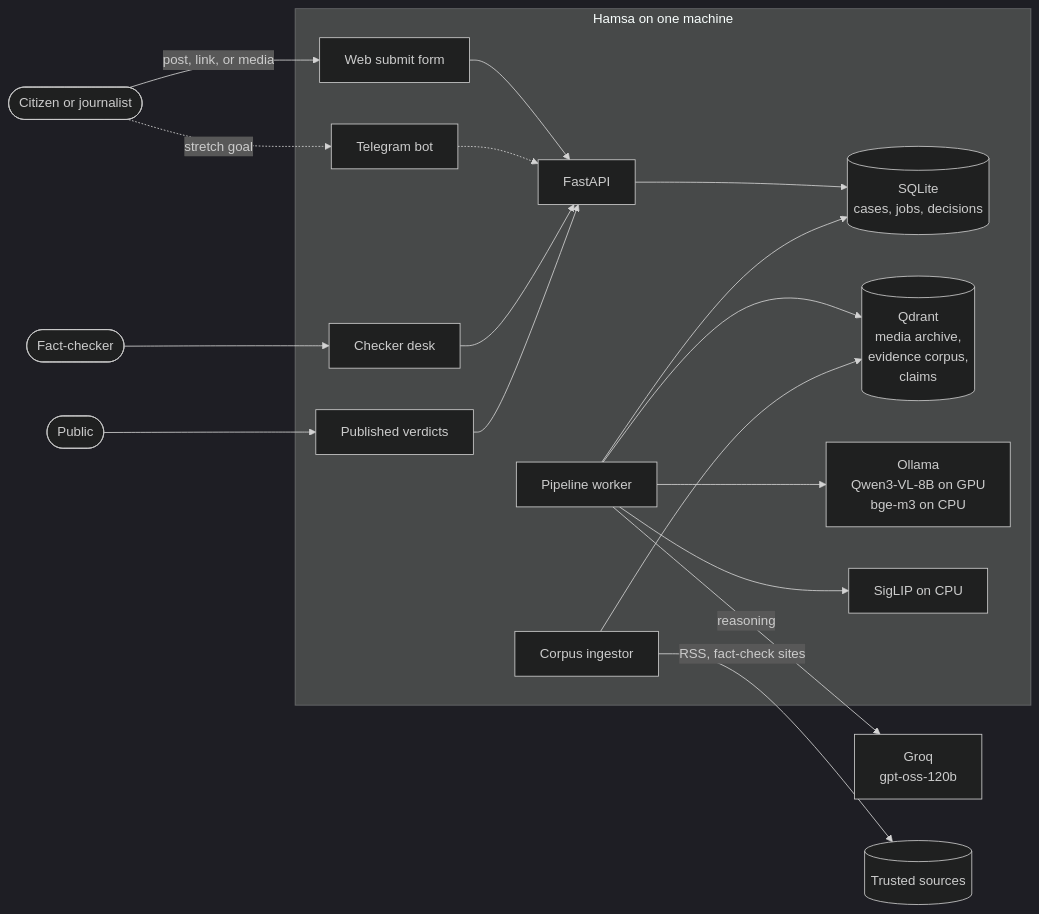
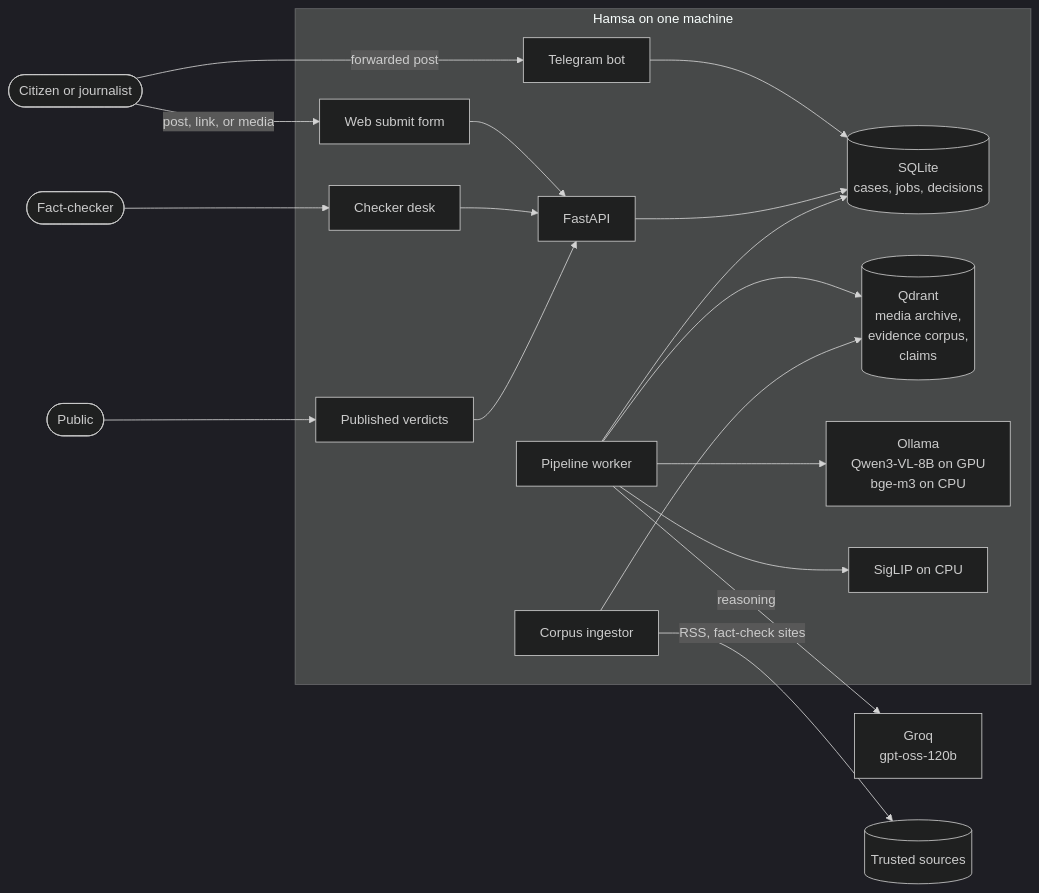
One commit to masabinhok/hamsa changed the first of 5 diagrams in docs/architecture.md. Above: the diagram before and after it, drawn with Mermaid (dark theme). The commit also changed other lines of this file and 9 other files, not shown here.

First line of the commit message:
feat(telegram): take posts from a telegram bot and send the verdict back

````diff
--- a/docs/architecture.md
+++ b/docs/architecture.md
@@ -20,23 +20,23 @@
 ```mermaid
 flowchart LR
     citizen([Citizen or journalist]) -->|post, link, or media| web[Web submit form]
-    citizen -.->|stretch goal| tg[Telegram bot]
+    citizen -->|forwarded post| tg[Telegram bot]
     checker([Fact-checker]) --> desk[Checker desk]
     public([Public]) --> feed[Published verdicts]
 
     subgraph hamsa [Hamsa on one machine]
         web --> api[FastAPI]
-        tg -.-> api
+        tg --> db
         desk --> api
         feed --> api
         api --> db[(SQLite<br/>cases, jobs, decisions)]
         worker[Pipeline worker] --> db
         worker --> qdrant[(Qdrant<br/>media archive,<br/>evidence corpus,<br/>claims)]
         worker --> ollama[Ollama<br/>Qwen3-VL-8B on GPU<br/>bge-m3 on CPU]
         worker --> siglip[SigLIP on CPU]
         ingestor[Corpus ingestor] --> qdrant
     end
 
     worker -->|reasoning| groq[Groq<br/>gpt-oss-120b]
     ingestor -->|RSS, fact-check sites| sources[(Trusted sources)]
 ```
````
